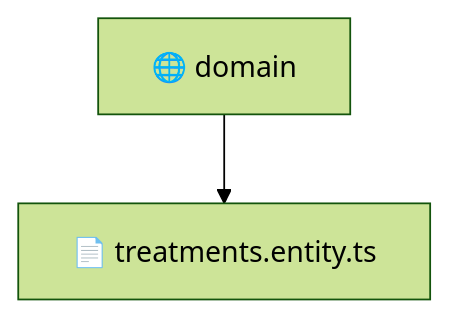
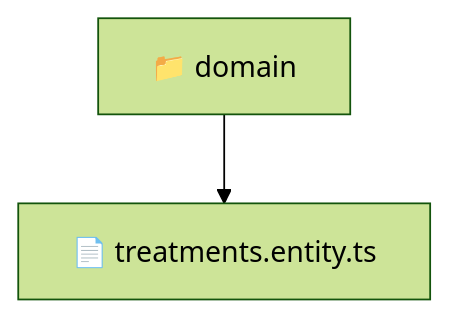
The diagram in backend/src/modules/treatments/domain/README.md (beginwebdev2002/fullstack-mavluda), drawn with Mermaid (forest theme) before and after one commit. The commit also changed other lines of this file and 159 other files, not shown here.

````diff
--- a/backend/src/modules/treatments/domain/README.md
+++ b/backend/src/modules/treatments/domain/README.md
@@ -11,5 +9,5 @@
 ```mermaid
 graph TD
-  domain["🌐 domain"]
-  domain --> domain_treatments_entity_ts["📄 treatments.entity.ts"]
+  Root["📁 domain"]
+  Root --> treatments_entity_ts["📄 treatments.entity.ts"]
 ```
````
